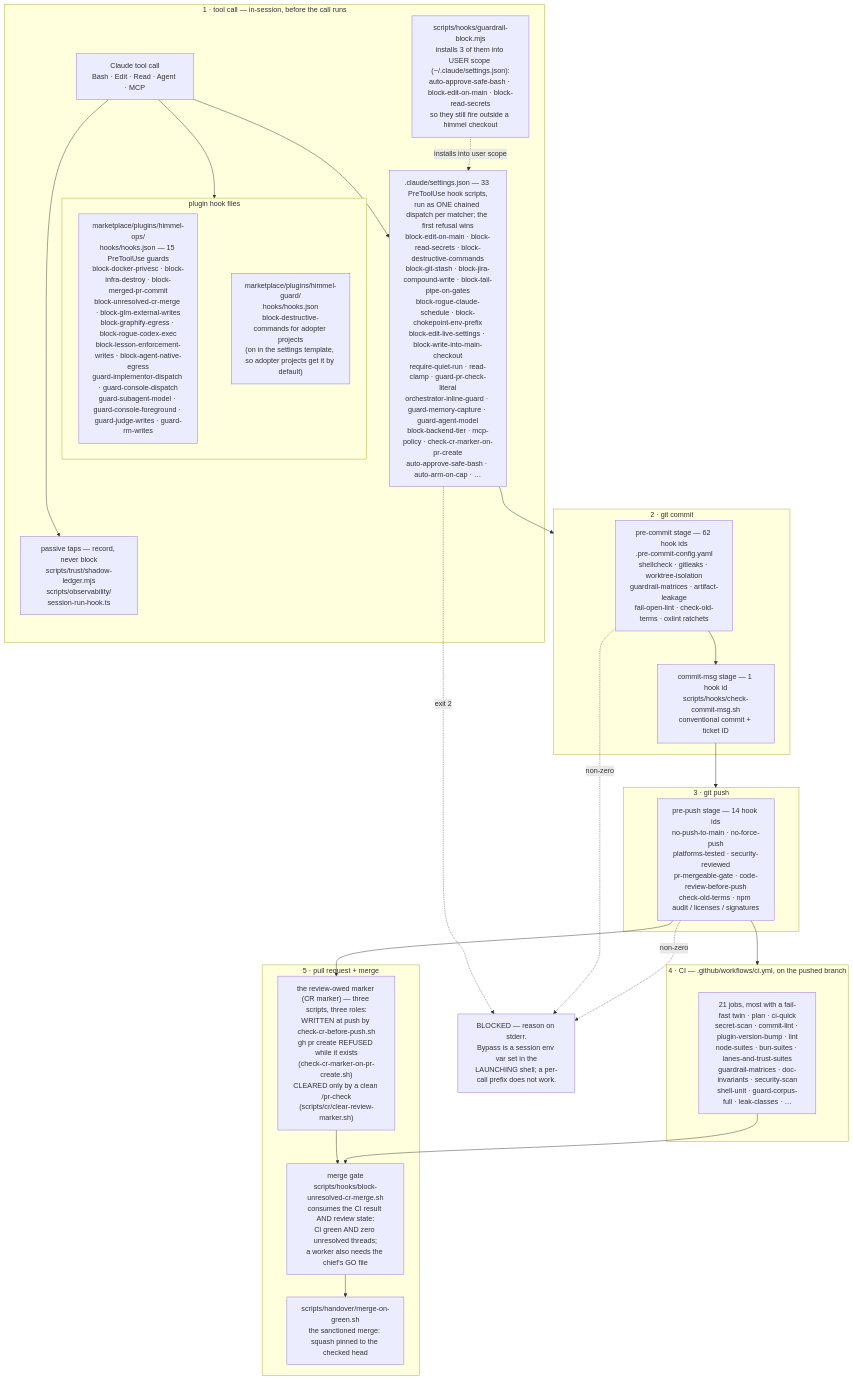
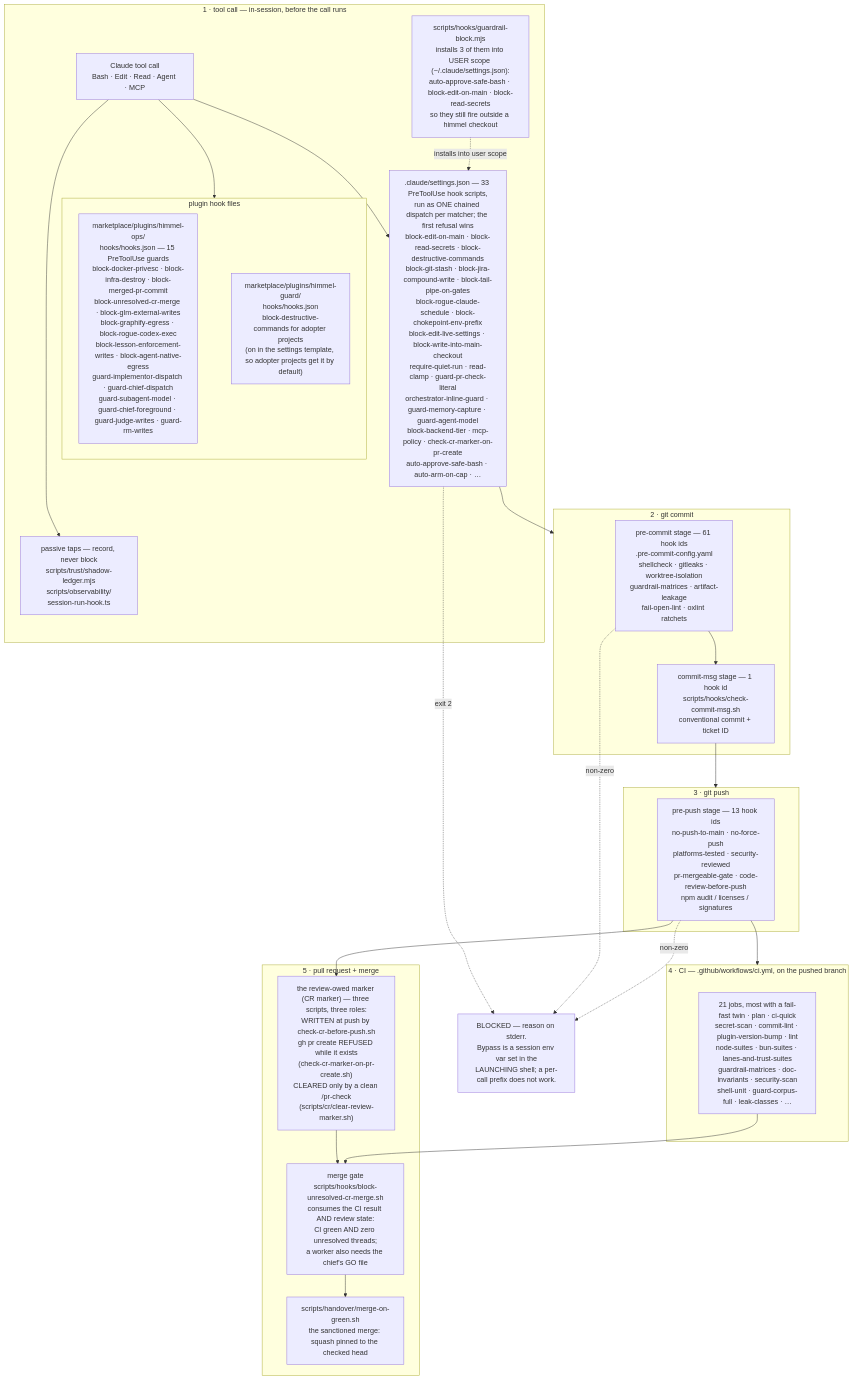
One commit to Goomal/Himmel changed the first of 5 diagrams in docs/architecture.md. Above: the diagram before and after it, drawn with Mermaid. The commit also changed other lines of this file and 1226 other files, not shown here.

First line of the commit message:
refactor: [HIMMEL-7649] rename console to chief and leg to worker in one pass, delete the rename lint, keep old names behind HIMMEL_LEGACY_NAMES (#3972)

````diff
--- a/docs/architecture.md
+++ b/docs/architecture.md
@@ -46,51 +46,51 @@
 ```mermaid
 flowchart TD
     subgraph S1["1 · tool call — in-session, before the call runs"]
         TC["Claude tool call<br/>Bash · Edit · Read · Agent · MCP"]
         H1[".claude/settings.json — 33 PreToolUse hook scripts,<br/>run as ONE chained dispatch per matcher; the first refusal wins<br/>block-edit-on-main · block-read-secrets · block-destructive-commands<br/>block-git-stash · block-jira-compound-write · block-tail-pipe-on-gates<br/>block-rogue-claude-schedule · block-chokepoint-env-prefix<br/>block-edit-live-settings · block-write-into-main-checkout<br/>require-quiet-run · read-clamp · guard-pr-check-literal<br/>orchestrator-inline-guard · guard-memory-capture · guard-agent-model<br/>block-backend-tier · mcp-policy · check-cr-marker-on-pr-create<br/>auto-approve-safe-bash · auto-arm-on-cap · …"]
         subgraph PLUG["plugin hook files"]
-            H2["marketplace/plugins/himmel-ops/<br/>hooks/hooks.json — 15 PreToolUse guards<br/>block-docker-privesc · block-infra-destroy · block-merged-pr-commit<br/>block-unresolved-cr-merge · block-glm-external-writes<br/>block-graphify-egress · block-rogue-codex-exec<br/>block-lesson-enforcement-writes · block-agent-native-egress<br/>guard-implementor-dispatch · guard-console-dispatch<br/>guard-subagent-model · guard-console-foreground · guard-judge-writes · guard-rm-writes"]
+            H2["marketplace/plugins/himmel-ops/<br/>hooks/hooks.json — 15 PreToolUse guards<br/>block-docker-privesc · block-infra-destroy · block-merged-pr-commit<br/>block-unresolved-cr-merge · block-glm-external-writes<br/>block-graphify-egress · block-rogue-codex-exec<br/>block-lesson-enforcement-writes · block-agent-native-egress<br/>guard-implementor-dispatch · guard-chief-dispatch<br/>guard-subagent-model · guard-chief-foreground · guard-judge-writes · guard-rm-writes"]
             HG["marketplace/plugins/himmel-guard/<br/>hooks/hooks.json<br/>block-destructive-commands for adopter projects<br/>(on in the settings template, so adopter projects get it by default)"]
             H2 ~~~ HG
         end
         H3["scripts/hooks/guardrail-block.mjs<br/>installs 3 of them into USER scope (~/.claude/settings.json):<br/>auto-approve-safe-bash · block-edit-on-main · block-read-secrets<br/>so they still fire outside a himmel checkout"]
         H4["passive taps — record, never block<br/>scripts/trust/shadow-ledger.mjs<br/>scripts/observability/<br/>session-run-hook.ts"]
         TC --> H1
         TC --> PLUG
         TC --> H4
         PLUG ~~~ H4
         H3 -.->|"installs into user scope"| H1
     end
 
     subgraph S2["2 · git commit"]
-        PC["pre-commit stage — 62 hook ids<br/>.pre-commit-config.yaml<br/>shellcheck · gitleaks · worktree-isolation<br/>guardrail-matrices · artifact-leakage<br/>fail-open-lint · check-old-terms · oxlint ratchets"]
+        PC["pre-commit stage — 61 hook ids<br/>.pre-commit-config.yaml<br/>shellcheck · gitleaks · worktree-isolation<br/>guardrail-matrices · artifact-leakage<br/>fail-open-lint · oxlint ratchets"]
         CM["commit-msg stage — 1 hook id<br/>scripts/hooks/check-commit-msg.sh<br/>conventional commit + ticket ID"]
         PC --> CM
     end
 
     subgraph S3["3 · git push"]
-        PP["pre-push stage — 14 hook ids<br/>no-push-to-main · no-force-push<br/>platforms-tested · security-reviewed<br/>pr-mergeable-gate · code-review-before-push<br/>check-old-terms · npm audit / licenses / signatures"]
+        PP["pre-push stage — 13 hook ids<br/>no-push-to-main · no-force-push<br/>platforms-tested · security-reviewed<br/>pr-mergeable-gate · code-review-before-push<br/>npm audit / licenses / signatures"]
     end
 
     subgraph S4["4 · CI — .github/workflows/ci.yml, on the pushed branch"]
         CI["21 jobs, most with a fail-fast twin · plan · ci-quick<br/>secret-scan · commit-lint · plugin-version-bump · lint<br/>node-suites · bun-suites · lanes-and-trust-suites<br/>guardrail-matrices · doc-invariants · security-scan<br/>shell-unit · guard-corpus-full · leak-classes · …"]
     end
 
     subgraph S5["5 · pull request + merge"]
         CR["the review-owed marker (CR marker) — three scripts, three roles:<br/>WRITTEN at push by check-cr-before-push.sh<br/>gh pr create REFUSED while it exists<br/>(check-cr-marker-on-pr-create.sh)<br/>CLEARED only by a clean /pr-check<br/>(scripts/cr/clear-review-marker.sh)"]
         MG["merge gate<br/>scripts/hooks/block-unresolved-cr-merge.sh<br/>consumes the CI result AND review state:<br/>CI green AND zero unresolved threads;<br/>a worker also needs the chief's GO file"]
         MOG["scripts/handover/merge-on-green.sh<br/>the sanctioned merge: squash pinned to the checked head"]
         CR --> MG
         MG --> MOG
     end
 
     H1 --> S2
     CM --> S3
     PP --> S4
     PP --> CR
     CI --> MG
 
     H1 -.->|"exit 2"| BLOCK["BLOCKED — reason on stderr.<br/>Bypass is a session env var set in the<br/>LAUNCHING shell; a per-call prefix does not work."]
     PC -.->|"non-zero"| BLOCK
     PP -.->|"non-zero"| BLOCK
 ```
````
